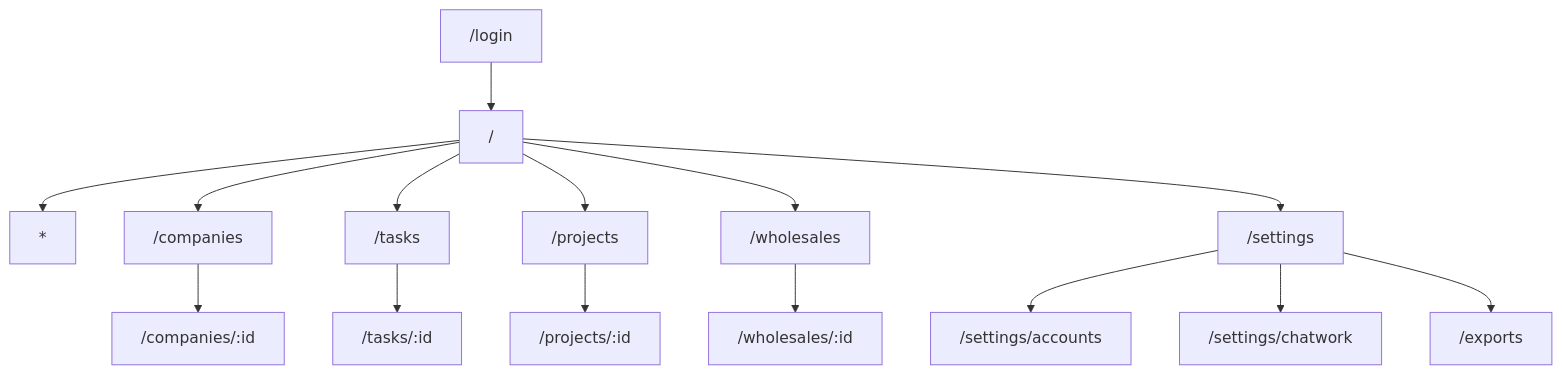
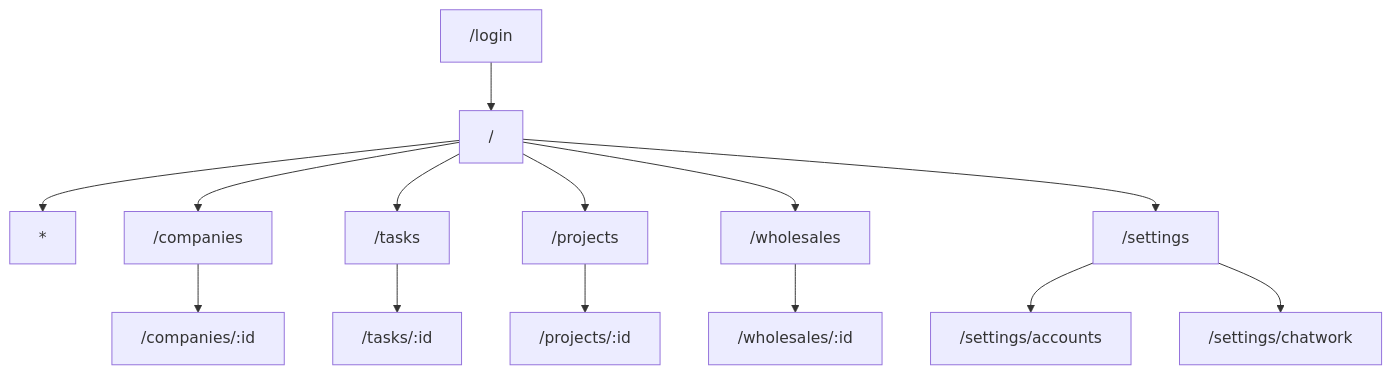
Before and after one commit to yuma2004/CWLLM: diagram 30 of 43 in Docs/diagrams/all.md, drawn with Mermaid. The commit also changed other lines of this file and 116 other files, not shown here.

````diff
--- a/Docs/diagrams/all.md
+++ b/Docs/diagrams/all.md
@@ -936,33 +924,31 @@
 ```mermaid
 flowchart TB
   Root["/"]
   Login["/login"]
   NotFound["*"]
   Companies["/companies"]
   CompanyDetail["/companies/:id"]
   Tasks["/tasks"]
   TaskDetail["/tasks/:id"]
   Projects["/projects"]
   ProjectDetail["/projects/:id"]
   Wholesales["/wholesales"]
   WholesaleDetail["/wholesales/:id"]
   Settings["/settings"]
   Accounts["/settings/accounts"]
   ChatworkSettings["/settings/chatwork"]
-  Exports["/exports"]
 
   Root --> Companies
   Root --> Tasks
   Root --> Projects
   Root --> Wholesales
   Root --> Settings
   Settings --> Accounts
   Settings --> ChatworkSettings
-  Settings --> Exports
   Companies --> CompanyDetail
   Tasks --> TaskDetail
   Projects --> ProjectDetail
   Wholesales --> WholesaleDetail
   Login --> Root
   Root --> NotFound
 ```
````
